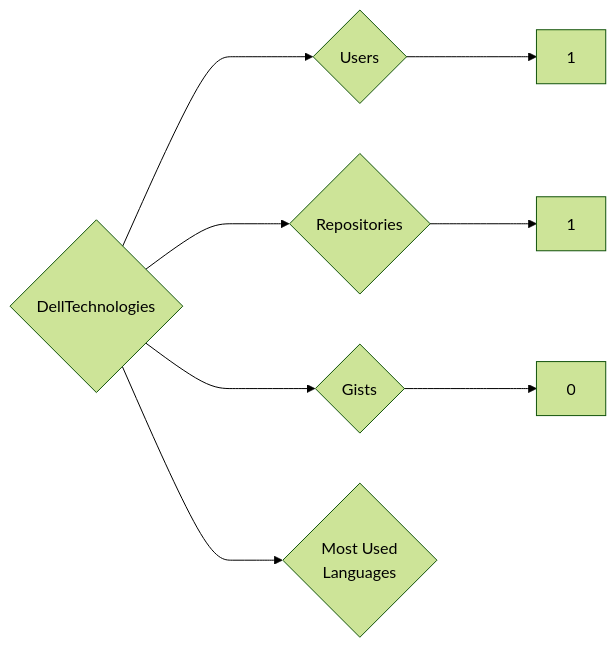
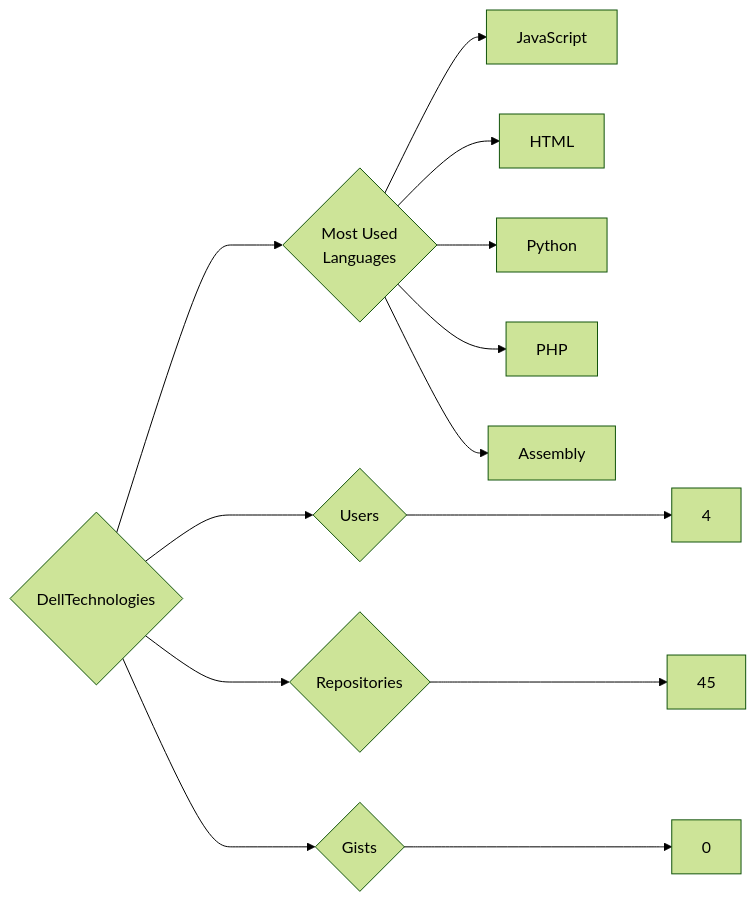
One commit to trickest/insiders changed the diagram in targets/DellTechnologies/README.md. Above: the diagram before and after it, drawn with Mermaid (forest theme). The commit also changed 1314 other files, not shown here.

````diff
--- a/targets/DellTechnologies/README.md
+++ b/targets/DellTechnologies/README.md
@@ -3,8 +3,13 @@
 ```mermaid
 graph LR
 COMPANY_NAME{DellTechnologies}
-COMPANY_NAME ---> U{Users} ---> UN[1]
-COMPANY_NAME ---> R{Repositories} ---> RN[1]
+COMPANY_NAME ---> U{Users} ---> UN[4]
+COMPANY_NAME ---> R{Repositories} ---> RN[45]
 COMPANY_NAME ---> G{Gists} ---> GN[0]
 COMPANY_NAME ---> ML{Most Used<br>Languages}
+ML --> JavaScript[JavaScript]
+ML --> HTML[HTML]
+ML --> Python[Python]
+ML --> PHP[PHP]
+ML --> Assembly[Assembly]
 ```
````
